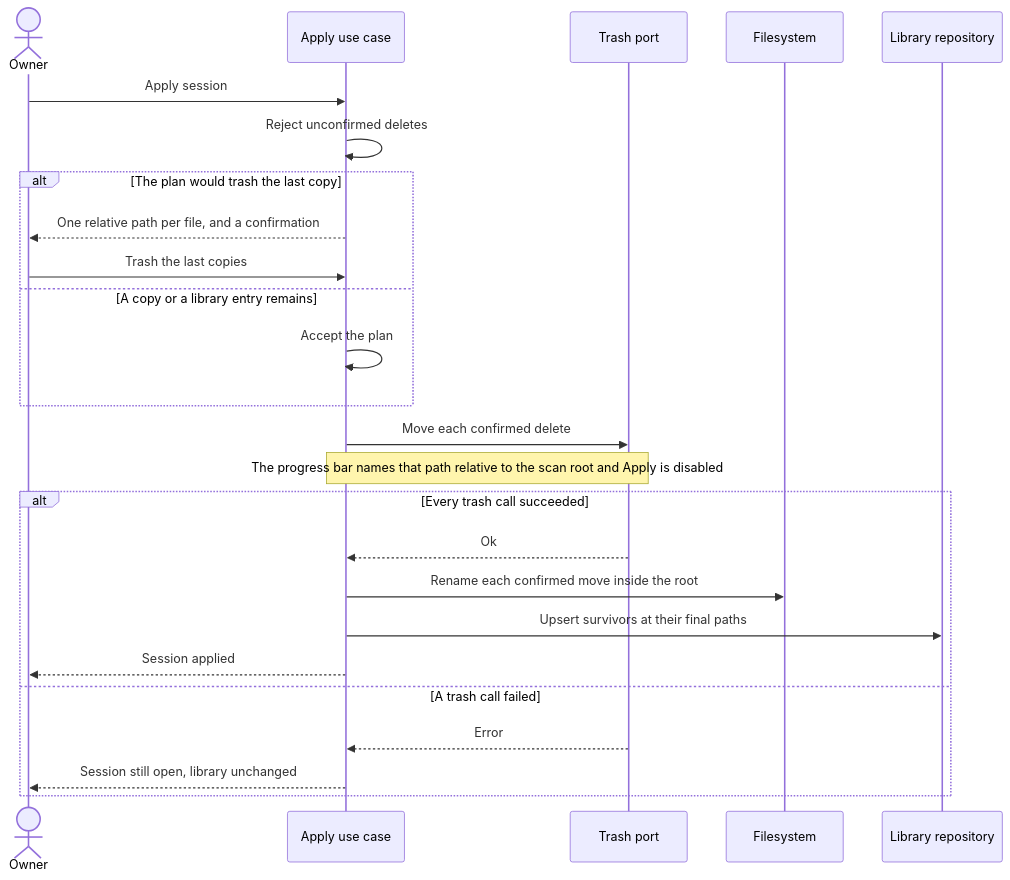
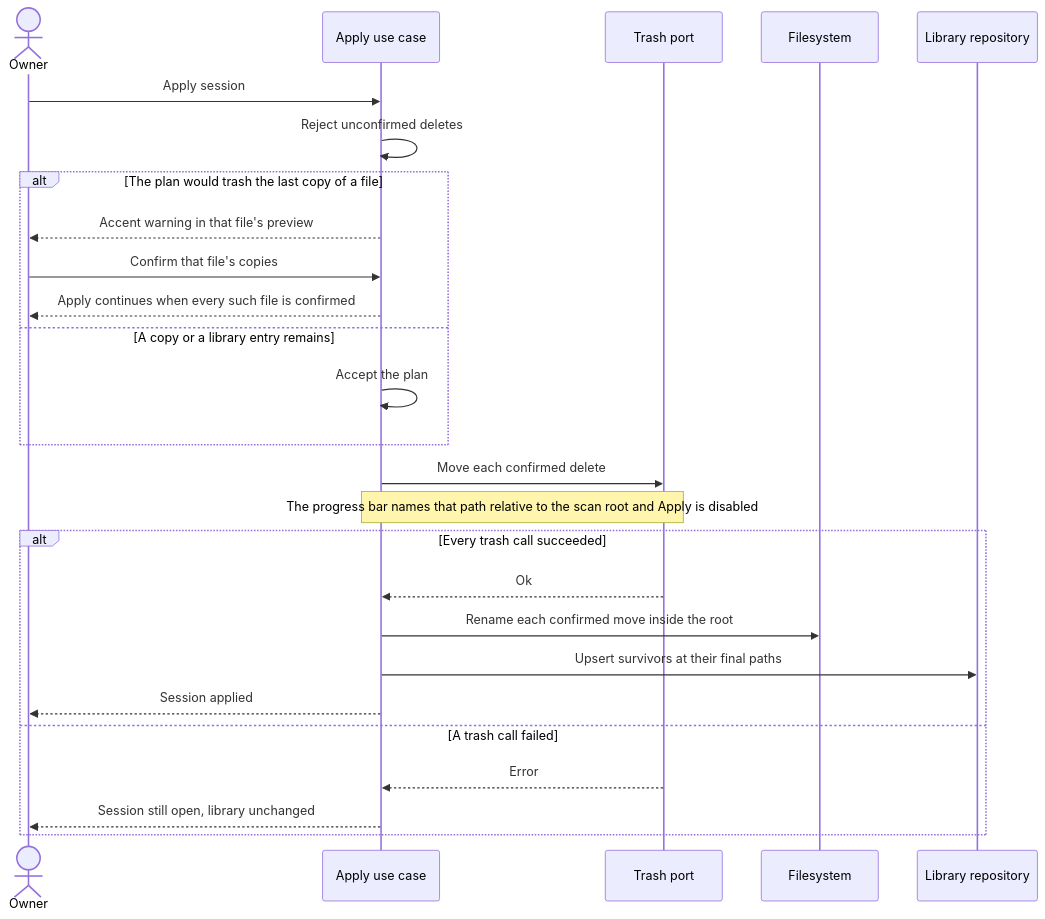
The fifth of 8 diagrams in docs/use-cases.md (cionz0/hdsort), drawn with Mermaid before and after one commit. The commit also changed other lines of this file and 12 other files, not shown here.

Commit message:
Show each last-copy warning in that file's preview, and continue Apply only after every file is confirmed.

````diff
--- a/docs/use-cases.md
+++ b/docs/use-cases.md
@@ -134,27 +134,28 @@
 ```mermaid
 sequenceDiagram
   actor Owner
   participant Apply as Apply use case
   participant Trash as Trash port
   participant Disk as Filesystem
   participant Library as Library repository
   Owner->>Apply: Apply session
   Apply->>Apply: Reject unconfirmed deletes
-  alt The plan would trash the last copy
-    Apply-->>Owner: One relative path per file, and a confirmation
-    Owner->>Apply: Trash the last copies
+  alt The plan would trash the last copy of a file
+    Apply-->>Owner: Accent warning in that file's preview
+    Owner->>Apply: Confirm that file's copies
+    Apply-->>Owner: Apply continues when every such file is confirmed
   else A copy or a library entry remains
     Apply->>Apply: Accept the plan
   end
   Apply->>Trash: Move each confirmed delete
   Note over Apply,Trash: The progress bar names that path relative to the scan root and Apply is disabled
   alt Every trash call succeeded
     Trash-->>Apply: Ok
     Apply->>Disk: Rename each confirmed move inside the root
     Apply->>Library: Upsert survivors at their final paths
     Apply-->>Owner: Session applied
   else A trash call failed
     Trash-->>Apply: Error
     Apply-->>Owner: Session still open, library unchanged
   end
 ```
````
